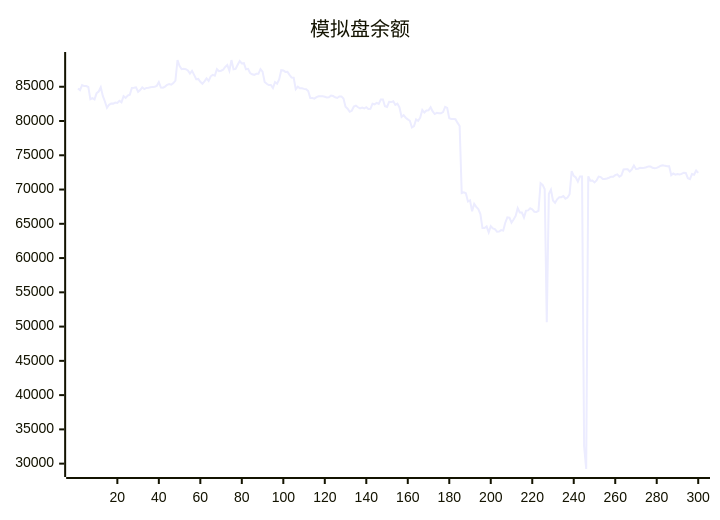
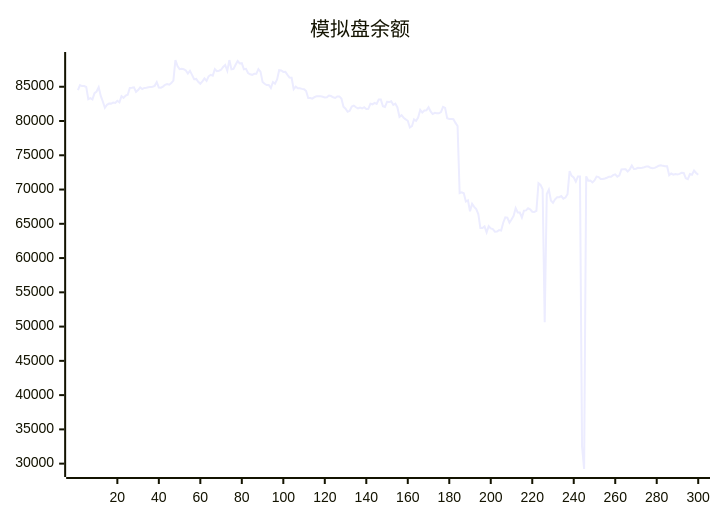
One commit to aahl/ai-trading changed the diagram in README.md. Above: the diagram before and after it, drawn with Mermaid. The commit also changed other lines of this file and 1 other file, not shown here.

````diff
--- a/README.md
+++ b/README.md
@@ -5,5 +5,5 @@
 ```mermaid
 xychart
     title "模拟盘余额"
-    line [84745,84500,85234,85096,85095,84970,83180,83338,83157,84070,84309,84922,83667,82850,81924,82369,82552,82539,82695,82648,82962,82728,83619,83378,83710,83825,84819,84854,84917,84265,84527,84919,84668,84834,84850,84916,84981,85004,85131,85674,84891,84864,85019,85284,85393,85294,85538,85894,88904,88012,87567,87625,87568,87386,86920,87313,86737,86094,86143,85725,85437,85787,86219,85859,86526,86740,86630,87563,87264,87335,87483,87886,88180,87335,88894,87544,87608,88207,88755,88401,88444,87543,87608,87000,86810,86740,86894,86884,87576,87209,85686,85435,85251,85255,84820,85689,85453,86066,87420,87373,87161,87178,86740,86341,86315,84643,85012,84772,84768,84690,84635,84376,83360,83357,83259,83474,83608,83606,83602,83548,83440,83454,83724,83644,83464,83365,83590,83592,83275,82072,81806,81344,81492,82109,82254,82006,81848,81955,81829,82022,81769,81776,82522,82441,82656,82498,83144,83144,82150,82038,82797,82763,82872,82367,82536,81981,80612,80862,80484,80242,80034,79063,79245,80226,80016,80507,81625,81233,81544,81578,82016,81401,81019,81186,81130,81118,81306,82066,81909,80392,80304,80291,80258,79729,79261,69466,69579,69456,68251,68415,66832,67911,67462,67144,66432,64380,64375,64606,63740,64647,64324,64216,63842,63877,64078,64008,65156,65945,65888,65157,65625,66144,67284,66653,66639,65924,66925,66956,67263,67108,66766,66729,66886,70927,70673,70049,50652,69334,69973,68400,68061,68578,68876,68879,69055,68662,68822,69329,72687,71999,71760,71162,71911,71896,32500,29218,71927,71297,71305,71044,71337,71883,71822,71536,71536,71622,71723,71880,71860,72100,72216,71887,72077,72940,72976,72966,72638,72948,73497,73004,73041,73173,73160,73186,73258,73375,73351,73173,73098,73161,73305,73474,73536,73457,73413,73412,72100,72333,72164,72272,72204,72285,72461,72421,71652,71521,72267,72157,72774,72424]
+    line [84500,85234,85096,85095,84970,83180,83338,83157,84070,84309,84922,83667,82850,81924,82369,82552,82539,82695,82648,82962,82728,83619,83378,83710,83825,84819,84854,84917,84265,84527,84919,84668,84834,84850,84916,84981,85004,85131,85674,84891,84864,85019,85284,85393,85294,85538,85894,88904,88012,87567,87625,87568,87386,86920,87313,86737,86094,86143,85725,85437,85787,86219,85859,86526,86740,86630,87563,87264,87335,87483,87886,88180,87335,88894,87544,87608,88207,88755,88401,88444,87543,87608,87000,86810,86740,86894,86884,87576,87209,85686,85435,85251,85255,84820,85689,85453,86066,87420,87373,87161,87178,86740,86341,86315,84643,85012,84772,84768,84690,84635,84376,83360,83357,83259,83474,83608,83606,83602,83548,83440,83454,83724,83644,83464,83365,83590,83592,83275,82072,81806,81344,81492,82109,82254,82006,81848,81955,81829,82022,81769,81776,82522,82441,82656,82498,83144,83144,82150,82038,82797,82763,82872,82367,82536,81981,80612,80862,80484,80242,80034,79063,79245,80226,80016,80507,81625,81233,81544,81578,82016,81401,81019,81186,81130,81118,81306,82066,81909,80392,80304,80291,80258,79729,79261,69466,69579,69456,68251,68415,66832,67911,67462,67144,66432,64380,64375,64606,63740,64647,64324,64216,63842,63877,64078,64008,65156,65945,65888,65157,65625,66144,67284,66653,66639,65924,66925,66956,67263,67108,66766,66729,66886,70927,70673,70049,50652,69334,69973,68400,68061,68578,68876,68879,69055,68662,68822,69329,72687,71999,71760,71162,71911,71896,32500,29218,71927,71297,71305,71044,71337,71883,71822,71536,71536,71622,71723,71880,71860,72100,72216,71887,72077,72940,72976,72966,72638,72948,73497,73004,73041,73173,73160,73186,73258,73375,73351,73173,73098,73161,73305,73474,73536,73457,73413,73412,72100,72333,72164,72272,72204,72285,72461,72421,71652,71521,72267,72157,72774,72424,72144]
 ```
````
